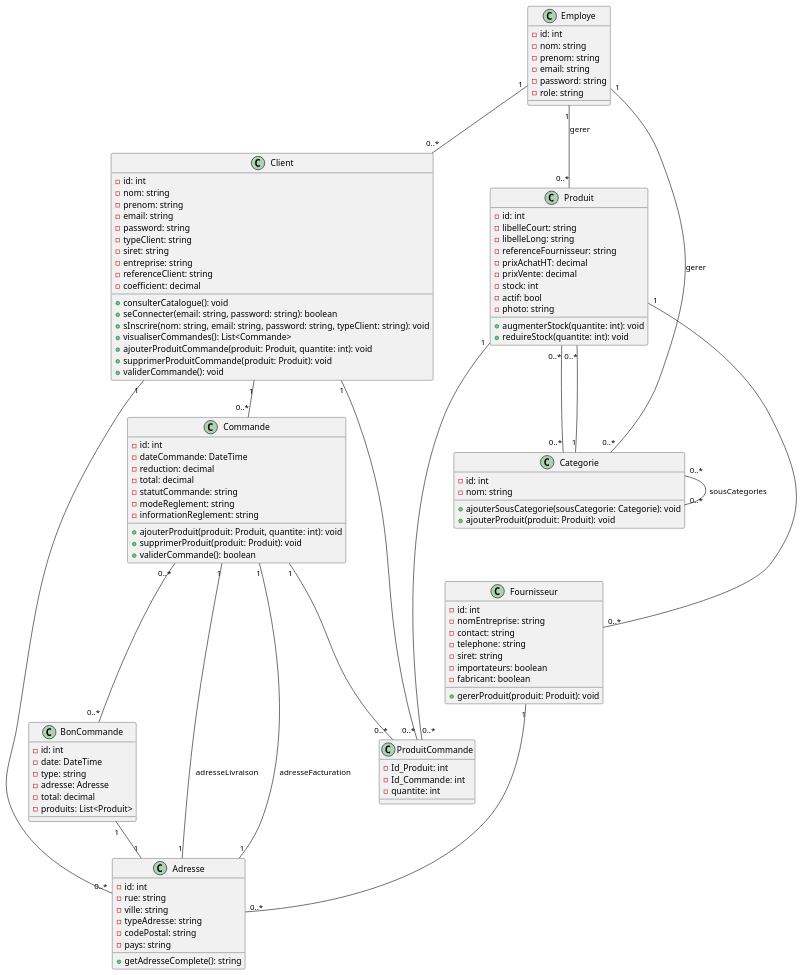
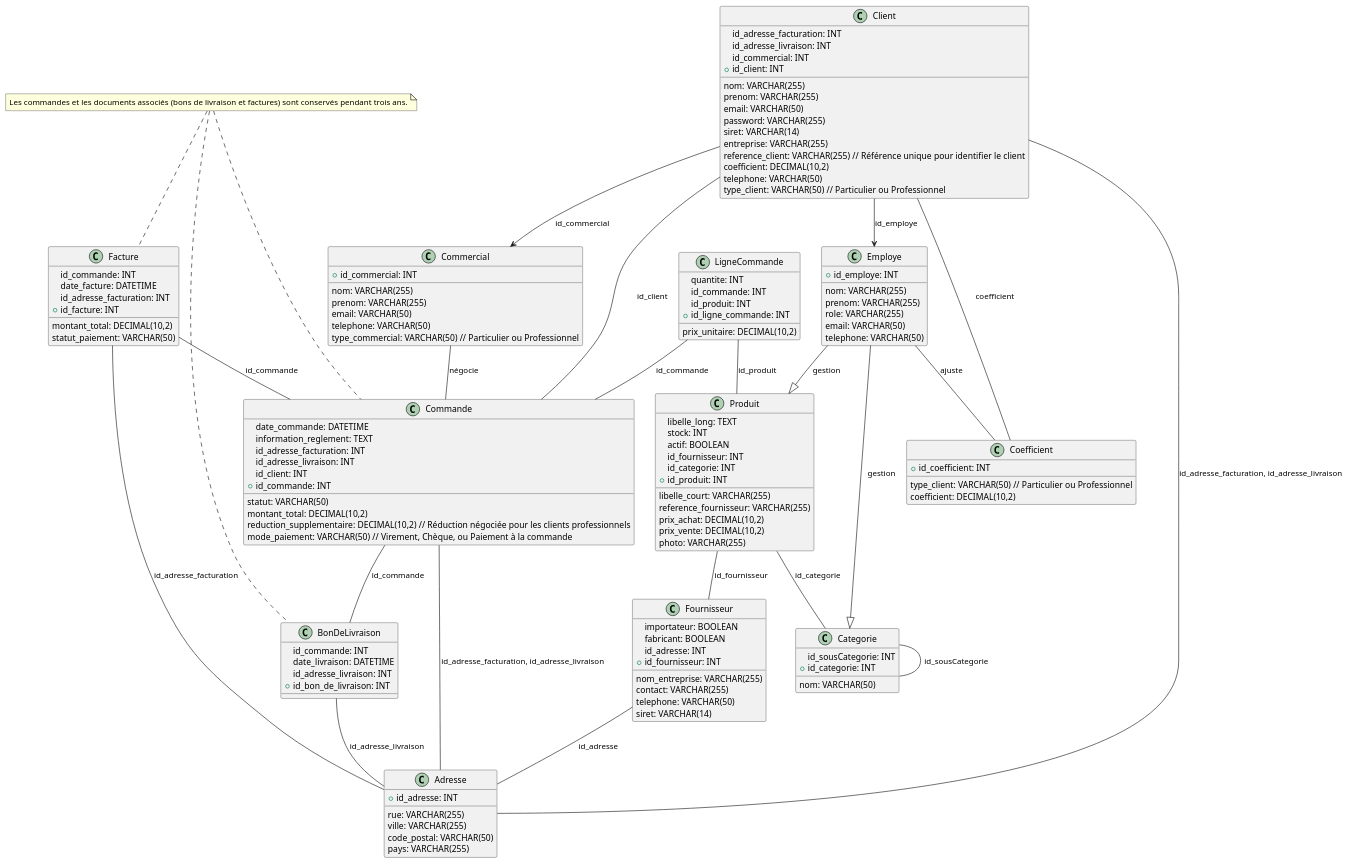
One commit to clemence95/villagegreen changed the diagram in modelisation/diagramme_classe.plantuml. Above: the diagram before and after it, drawn with PlantUML.

```diff
--- a/modelisation/diagramme_classe.plantuml
+++ b/modelisation/diagramme_classe.plantuml
@@ -1,124 +1,147 @@
 @startuml diagramme_classe
 
-class Client {
-    - id: int
-    - nom: string
-    - prenom: string
-    - email: string
-    - password: string
-    - typeClient: string
-    - siret: string
-    - entreprise: string
-    - referenceClient: string
-    - coefficient: decimal
-    + consulterCatalogue(): void
-    + seConnecter(email: string, password: string): boolean
-    + sInscrire(nom: string, email: string, password: string, typeClient: string): void
-    + visualiserCommandes(): List<Commande>
-    + ajouterProduitCommande(produit: Produit, quantite: int): void
-    + supprimerProduitCommande(produit: Produit): void
-    + validerCommande(): void
+class Adresse {
+  rue: VARCHAR(255)
+  ville: VARCHAR(255)
+  code_postal: VARCHAR(50)
+  pays: VARCHAR(255)
+  +id_adresse: INT
 }
 
-class Adresse {
-    - id: int
-    - rue: string
-    - ville: string
-    - typeAdresse: string
-    - codePostal: string
-    - pays: string
-    + getAdresseComplete(): string
+class Client {
+  nom: VARCHAR(255)
+  prenom: VARCHAR(255)
+  email: VARCHAR(50)
+  password: VARCHAR(255)
+  siret: VARCHAR(14)
+  entreprise: VARCHAR(255)
+  reference_client: VARCHAR(255) // Référence unique pour identifier le client
+  coefficient: DECIMAL(10,2)
+  telephone: VARCHAR(50)
+  id_adresse_facturation: INT
+  id_adresse_livraison: INT
+  type_client: VARCHAR(50) // Particulier ou Professionnel
+  id_commercial: INT
+  +id_client: INT
 }
 
 class Employe {
-    - id: int
-    - nom: string
-    - prenom: string
-    - email: string
-    - password: string
-    - role: string
+  nom: VARCHAR(255)
+  prenom: VARCHAR(255)
+  role: VARCHAR(255)
+  email: VARCHAR(50)
+  telephone: VARCHAR(50)
+  +id_employe: INT
+}
+
+class Commercial {
+  nom: VARCHAR(255)
+  prenom: VARCHAR(255)
+  email: VARCHAR(50)
+  telephone: VARCHAR(50)
+  +id_commercial: INT
+  type_commercial: VARCHAR(50) // Particulier ou Professionnel
+}
+
+class Fournisseur {
+  nom_entreprise: VARCHAR(255)
+  contact: VARCHAR(255)
+  telephone: VARCHAR(50)
+  siret: VARCHAR(14)
+  importateur: BOOLEAN
+  fabricant: BOOLEAN
+  id_adresse: INT
+  +id_fournisseur: INT
 }
 
 class Produit {
-    - id: int
-    - libelleCourt: string
-    - libelleLong: string
-    - referenceFournisseur: string
-    - prixAchatHT: decimal
-    - prixVente: decimal
-    - stock: int
-    - actif: bool
-    - photo: string
-    + augmenterStock(quantite: int): void
-    + reduireStock(quantite: int): void
+  libelle_court: VARCHAR(255)
+  libelle_long: TEXT
+  reference_fournisseur: VARCHAR(255)
+  prix_achat: DECIMAL(10,2)
+  prix_vente: DECIMAL(10,2)
+  photo: VARCHAR(255)
+  stock: INT
+  actif: BOOLEAN
+  id_fournisseur: INT
+  id_categorie: INT
+  +id_produit: INT
 }
 
 class Categorie {
-    - id: int
-    - nom: string
-    + ajouterSousCategorie(sousCategorie: Categorie): void
-    + ajouterProduit(produit: Produit): void
-}
-
-class Fournisseur {
-    - id: int
-    - nomEntreprise: string
-    - contact: string
-    - telephone: string
-    - siret: string
-    - importateurs: boolean
-    - fabricant: boolean
-    + gererProduit(produit: Produit): void
+  nom: VARCHAR(50)
+  id_sousCategorie: INT
+  +id_categorie: INT
 }
 
 class Commande {
-    - id: int
-    - dateCommande: DateTime
-    - reduction: decimal
-    - total: decimal
-    - statutCommande: string
-    - modeReglement: string
-    - informationReglement: string
-    + ajouterProduit(produit: Produit, quantite: int): void
-    + supprimerProduit(produit: Produit): void
-    + validerCommande(): boolean
+  date_commande: DATETIME
+  statut: VARCHAR(50)
+  montant_total: DECIMAL(10,2)
+  reduction_supplementaire: DECIMAL(10,2) // Réduction négociée pour les clients professionnels
+  mode_paiement: VARCHAR(50) // Virement, Chèque, ou Paiement à la commande
+  information_reglement: TEXT
+  id_adresse_facturation: INT
+  id_adresse_livraison: INT
+  id_client: INT
+  +id_commande: INT
 }
 
-class BonCommande {
-    - id: int
-    - date: DateTime
-    - type: string
-    - adresse: Adresse
-    - total: decimal
-    - produits: List<Produit>
+class LigneCommande {
+  quantite: INT
+  prix_unitaire: DECIMAL(10,2)
+  id_commande: INT
+  id_produit: INT
+  +id_ligne_commande: INT
 }
 
-class ProduitCommande {
-    - Id_Produit: int
-    - Id_Commande: int
-    - quantite: int
+class BonDeLivraison {
+  id_commande: INT
+  date_livraison: DATETIME
+  id_adresse_livraison: INT
+  +id_bon_de_livraison: INT
 }
 
+class Facture {
+  id_commande: INT
+  date_facture: DATETIME
+  montant_total: DECIMAL(10,2)
+  statut_paiement: VARCHAR(50)
+  id_adresse_facturation: INT
+  +id_facture: INT
+}
 
-Client "1" -- "0..*" Commande
-Commande "1" -- "1" Adresse : adresseLivraison
-Commande "1" -- "1" Adresse : adresseFacturation
-Client "1" -- "0..*" Adresse
-Employe "1" -- "0..*" Client
-Employe "1" -- "0..*" Produit : gerer
-Employe "1" -- "0..*" Categorie : gerer
+class Coefficient {
+  type_client: VARCHAR(50) // Particulier ou Professionnel
+  coefficient: DECIMAL(10,2)
+  +id_coefficient: INT
+}
 
-Produit "1" -- "0..*" Fournisseur
-Produit "0..*" -- "0..*" Categorie
-Categorie "0..*" -- "0..*" Categorie : sousCategories
-Categorie "1" -- "0..*" Produit
-Fournisseur "1" -- "0..*" Adresse
-Commande "0..*" -- "0..*" BonCommande
-BonCommande "1" -- "1" Adresse
+note "Les commandes et les documents associés (bons de livraison et factures) sont conservés pendant trois ans." as N1
 
-Client "1" -- "0..*" ProduitCommande
-Commande "1" -- "0..*" ProduitCommande
-Produit "1" -- "0..*" ProduitCommande
+Client -- Adresse: id_adresse_facturation, id_adresse_livraison
+Client --> Employe: id_employe
+Client --> Commercial: id_commercial
+Commande -- Client: id_client
+Commande -- Adresse: id_adresse_facturation, id_adresse_livraison
+Commande -- BonDeLivraison: id_commande
+Fournisseur -- Adresse: id_adresse
+Produit -- Fournisseur: id_fournisseur
+Produit -- Categorie: id_categorie
+LigneCommande -- Commande: id_commande
+LigneCommande -- Produit: id_produit
+BonDeLivraison -- Adresse: id_adresse_livraison
+Facture -- Commande: id_commande
+Facture -- Adresse: id_adresse_facturation
+Categorie -- Categorie: id_sousCategorie
+Employe --|> Produit: gestion
+Employe --|> Categorie: gestion
+Client -- Coefficient: coefficient
+Employe -- Coefficient: ajuste
+Commercial -- Commande: négocie
 
+N1 .. Commande
+N1 .. BonDeLivraison
+N1 .. Facture
 
 @enduml
```
